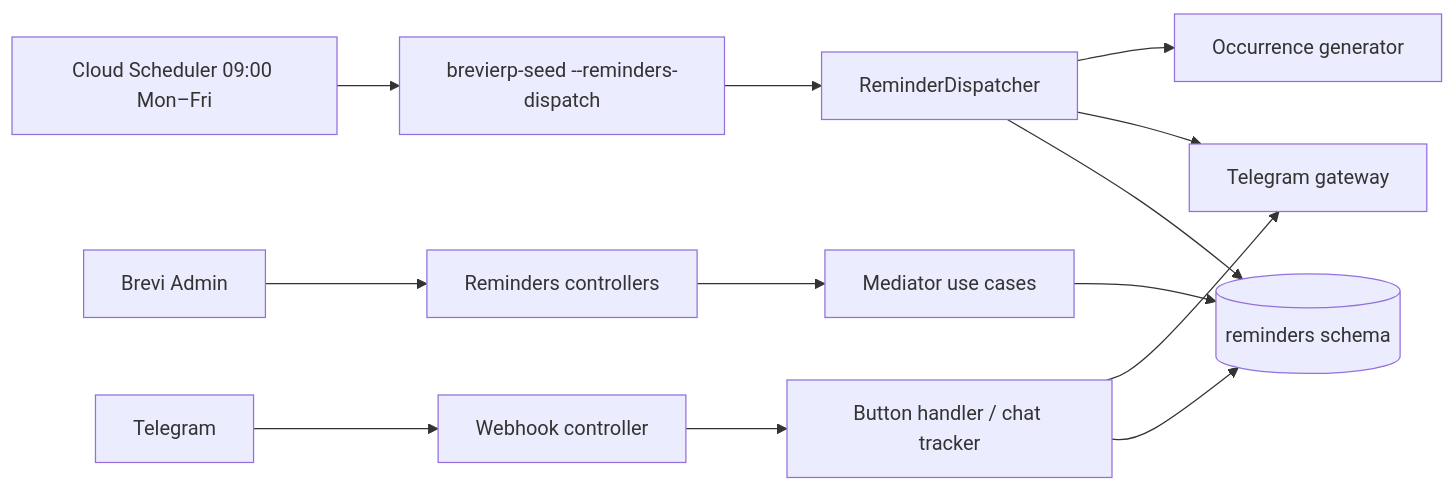
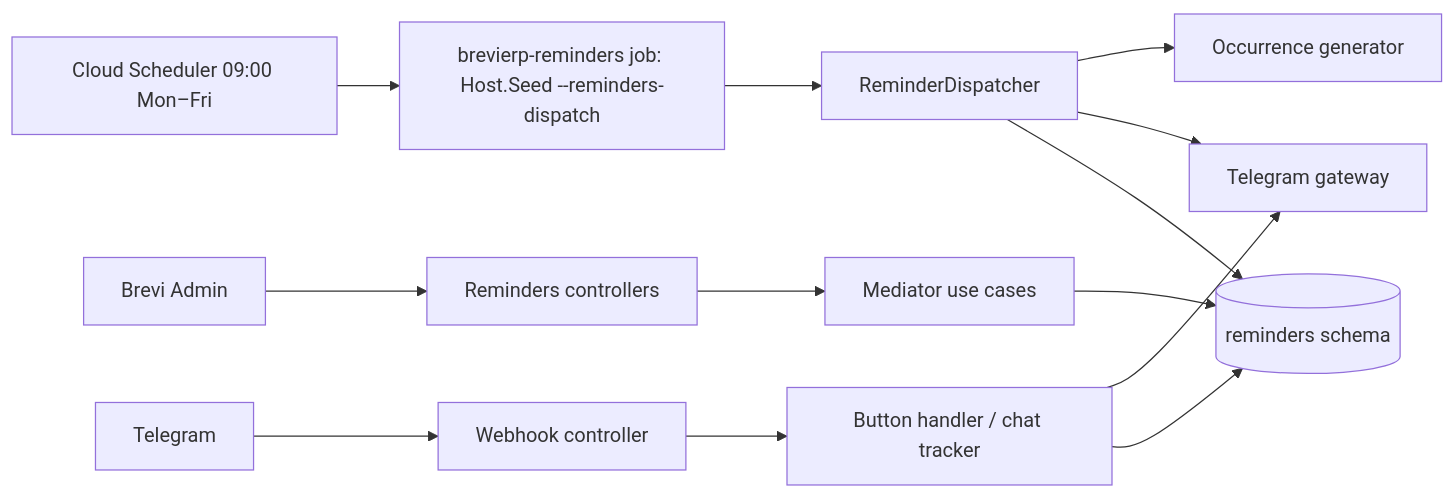
Before and after one commit to Weretik/BreviERP: the diagram in docs/sdd/features/reminders/telegram-reminders.md, drawn with Mermaid. The commit also changed 13 other files, not shown here.

First line of the commit message:
Reminders: separate brevierp-reminders job and detailed run logs

````diff
--- a/docs/sdd/features/reminders/telegram-reminders.md
+++ b/docs/sdd/features/reminders/telegram-reminders.md
@@ -39,15 +39,15 @@
 ```mermaid
 flowchart LR
-  Scheduler[Cloud Scheduler 09:00 Mon–Fri] --> Job[brevierp-seed --reminders-dispatch]
+  Scheduler[Cloud Scheduler 09:00 Mon–Fri] --> Job[brevierp-reminders job: Host.Seed --reminders-dispatch]
   Job --> Dispatcher[ReminderDispatcher]
   Dispatcher --> Generator[Occurrence generator]
   Dispatcher --> Gateway[Telegram gateway]
   Telegram --> Webhook[Webhook controller]
   Webhook --> Handler[Button handler / chat tracker]
   Handler --> Gateway
   Admin[Brevi Admin] --> Controllers[Reminders controllers]
   Controllers --> UseCases[Mediator use cases]
   UseCases --> Db[(reminders schema)]
   Dispatcher --> Db
   Handler --> Db
 ```
````
